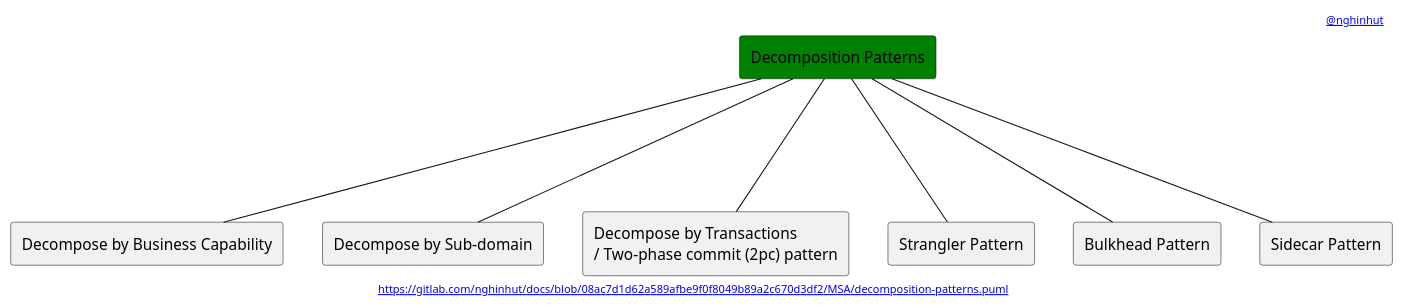
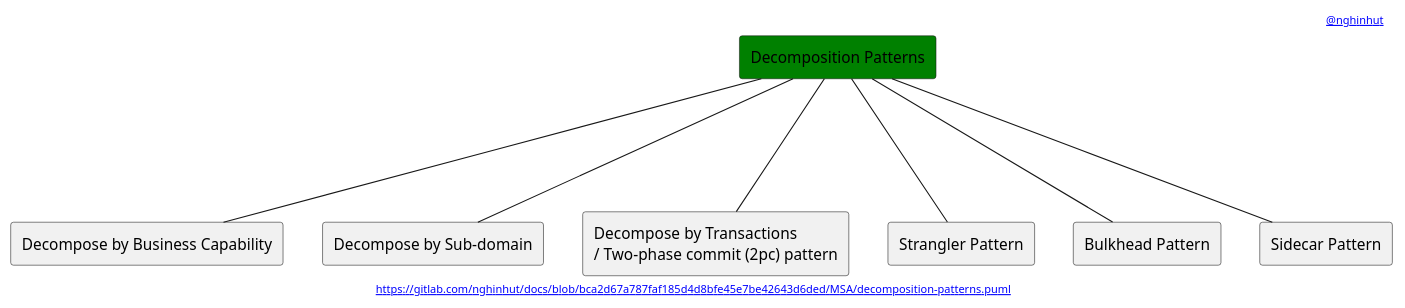
Before and after one commit to nghinhut/docs: the diagram in MSA/decomposition-patterns.puml, drawn with PlantUML. The commit also changed 24 other files, not shown here.

```diff
--- a/MSA/decomposition-patterns.puml
+++ b/MSA/decomposition-patterns.puml
@@ -1,22 +1,22 @@
 @startuml
 '-----START auto generated metadata please keep comment here to allow auto update-----
 '-----DON'T EDIT THIS SECTION, INSTEAD RE-RUN prebuild.sh TO UPDATE-----
-header [[https://www.nghinhut.dev?from=http%5C%3A%5C%2F%5C%2Fwww%5C.plantuml%5C.com%5C%2Fplantuml%5C%2Fproxy%3Ffmt%3Dsvg%5C%26src%3Dhttps%5C%3A%5C%2F%5C%2Fgitlab%5C.com%5C%2Fnghinhut%5C%2Fdocs%5C%2Fraw%5C%2F08ac7d1d62a589afbe9f0f8049b89a2c670d3df2%5C%2FMSA%5C%2Fdecomposition-patterns%5C.puml%0A @nghinhut]]
-footer [[http://www.plantuml.com/plantuml/proxy?fmt=svg&src=https://gitlab.com/nghinhut/docs/raw/08ac7d1d62a589afbe9f0f8049b89a2c670d3df2/MSA/decomposition-patterns.puml https://gitlab.com/nghinhut/docs/blob/08ac7d1d62a589afbe9f0f8049b89a2c670d3df2/MSA/decomposition-patterns.puml]]
+header [[https://www.nghinhut.dev?from=http%5C%3A%5C%2F%5C%2Fwww%5C.plantuml%5C.com%5C%2Fplantuml%5C%2Fproxy%3Ffmt%3Dsvg%5C%26src%3Dhttps%5C%3A%5C%2F%5C%2Fgitlab%5C.com%5C%2Fnghinhut%5C%2Fdocs%5C%2Fraw%5C%2Fbca2d67a787faf185d4d8bfe45e7be42643d6ded%5C%2FMSA%5C%2Fdecomposition-patterns%5C.puml%0A @nghinhut]]
+footer [[http://www.plantuml.com/plantuml/proxy?fmt=svg&src=https://gitlab.com/nghinhut/docs/raw/bca2d67a787faf185d4d8bfe45e7be42643d6ded/MSA/decomposition-patterns.puml https://gitlab.com/nghinhut/docs/blob/bca2d67a787faf185d4d8bfe45e7be42643d6ded/MSA/decomposition-patterns.puml]]
 '-----END auto generated metadata please keep comment here to allow auto update-----
 
 rectangle "Decomposition Patterns" as Decomposition #green
 
 rectangle "Decompose by Business Capability" as DecompositionP1
 rectangle "Decompose by Sub-domain" as DecompositionP2
 rectangle "Decompose by Transactions\n/ Two-phase commit (2pc) pattern" as DecompositionP3
 rectangle "Strangler Pattern" as DecompositionP4
 rectangle "Bulkhead Pattern" as DecompositionP5
 rectangle "Sidecar Pattern" as DecompositionP6
 Decomposition --- DecompositionP1
 Decomposition --- DecompositionP2
 Decomposition --- DecompositionP3
 Decomposition --- DecompositionP4
 Decomposition --- DecompositionP5
 Decomposition --- DecompositionP6
 @enduml
```
